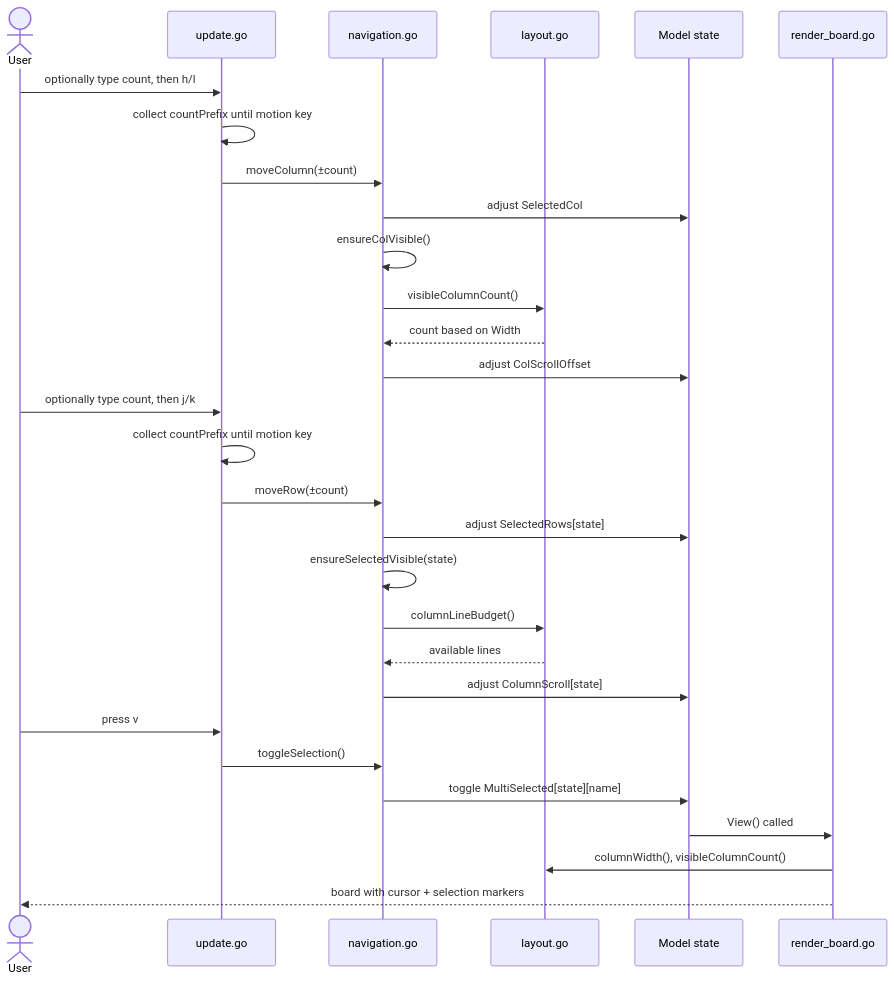
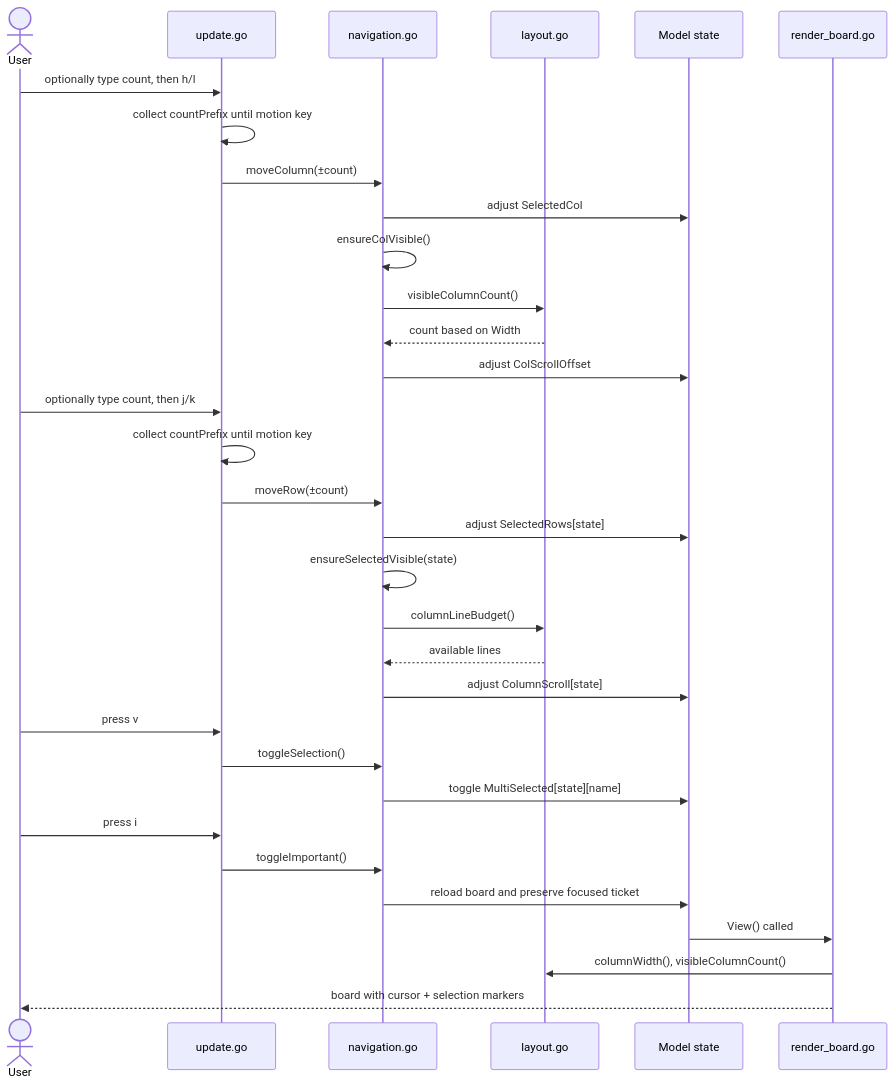
The third of 3 diagrams in docs/flows/board-navigation.md (dawidsok/tickcats), drawn with Mermaid before and after one commit. The commit also changed other lines of this file and 14 other files, not shown here.

````diff
--- a/docs/flows/board-navigation.md
+++ b/docs/flows/board-navigation.md
@@ -65,35 +69,39 @@
 ```mermaid
 sequenceDiagram
     actor User
     participant Update as update.go
     participant Nav as navigation.go
     participant Layout as layout.go
     participant Model as Model state
     participant Render as render_board.go
 
     User->>Update: optionally type count, then h/l
     Update->>Update: collect countPrefix until motion key
     Update->>Nav: moveColumn(±count)
     Nav->>Model: adjust SelectedCol
     Nav->>Nav: ensureColVisible()
     Nav->>Layout: visibleColumnCount()
     Layout-->>Nav: count based on Width
     Nav->>Model: adjust ColScrollOffset
 
     User->>Update: optionally type count, then j/k
     Update->>Update: collect countPrefix until motion key
     Update->>Nav: moveRow(±count)
     Nav->>Model: adjust SelectedRows[state]
     Nav->>Nav: ensureSelectedVisible(state)
     Nav->>Layout: columnLineBudget()
     Layout-->>Nav: available lines
     Nav->>Model: adjust ColumnScroll[state]
 
     User->>Update: press v
     Update->>Nav: toggleSelection()
     Nav->>Model: toggle MultiSelected[state][name]
 
+    User->>Update: press i
+    Update->>Nav: toggleImportant()
+    Nav->>Model: reload board and preserve focused ticket
+
     Model->>Render: View() called
     Render->>Layout: columnWidth(), visibleColumnCount()
     Render-->>User: board with cursor + selection markers
 ```
````
